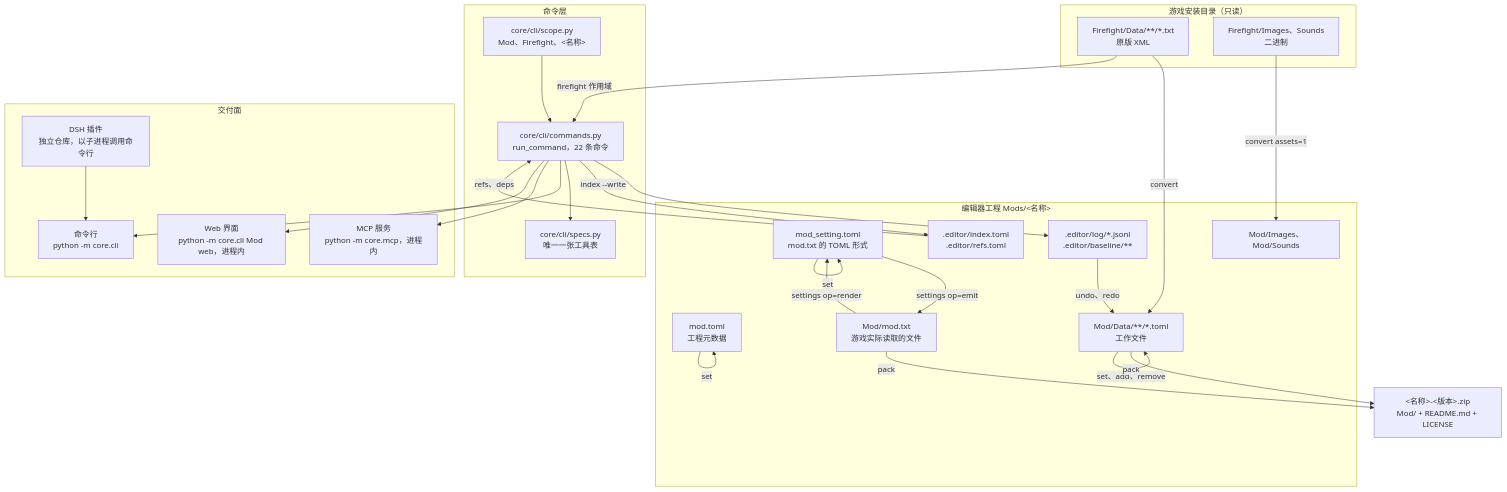
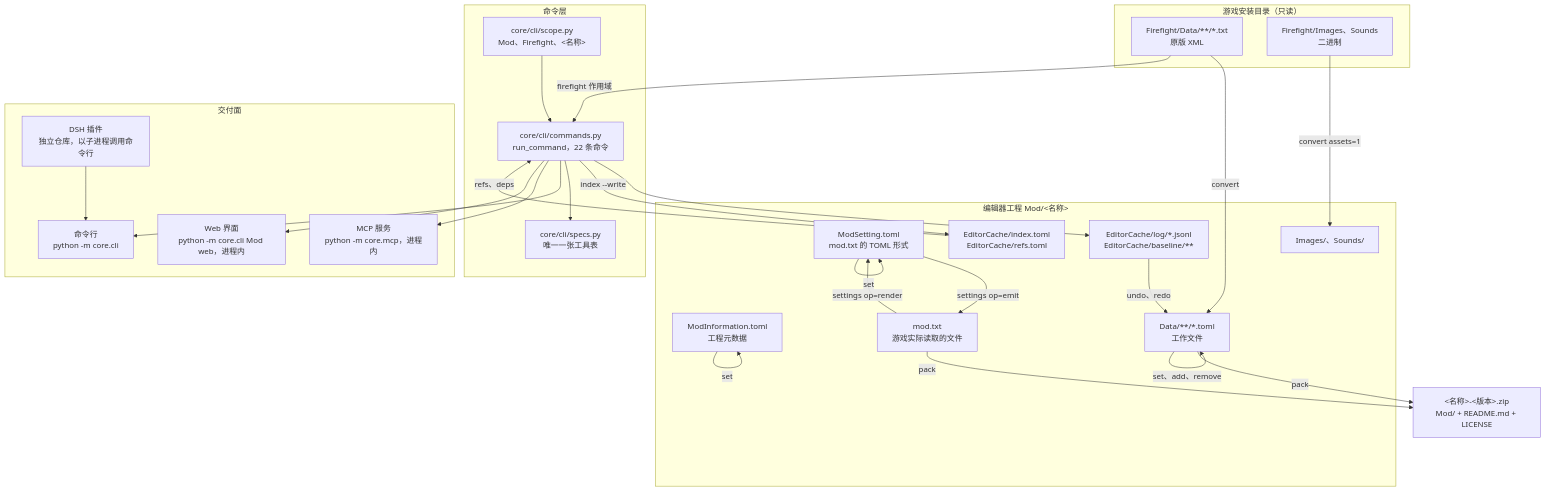
The diagram in docs/flow.zh-CN.md (BiancaoAwa/firefight-mod-editor-open), drawn with Mermaid before and after one commit. The commit also changed other lines of this file and 50 other files, not shown here.

````diff
--- a/docs/flow.zh-CN.md
+++ b/docs/flow.zh-CN.md
@@ -7,53 +7,53 @@
 ```mermaid
 flowchart TD
     subgraph stock["游戏安装目录（只读）"]
         A1["Firefight/Data/**/*.txt<br/>原版 XML"]
         A2["Firefight/Images、Sounds<br/>二进制"]
     end
 
-    subgraph project["编辑器工程 Mods/&lt;名称&gt;"]
-        B1["mod.toml<br/>工程元数据"]
-        B2["mod_setting.toml<br/>mod.txt 的 TOML 形式"]
-        B3["Mod/mod.txt<br/>游戏实际读取的文件"]
-        B4["Mod/Data/**/*.toml<br/>工作文件"]
-        B5["Mod/Images、Mod/Sounds"]
-        B6[".editor/log/*.jsonl<br/>.editor/baseline/**"]
-        B7[".editor/index.toml<br/>.editor/refs.toml"]
+    subgraph project["编辑器工程 Mod/&lt;名称&gt;"]
+        B1["ModInformation.toml<br/>工程元数据"]
+        B2["ModSetting.toml<br/>mod.txt 的 TOML 形式"]
+        B3["mod.txt<br/>游戏实际读取的文件"]
+        B4["Data/**/*.toml<br/>工作文件"]
+        B5["Images/、Sounds/"]
+        B6["EditorCache/log/*.jsonl<br/>EditorCache/baseline/**"]
+        B7["EditorCache/index.toml<br/>EditorCache/refs.toml"]
     end
 
     subgraph layer["命令层"]
         C1["core/cli/commands.py<br/>run_command，22 条命令"]
         C2["core/cli/specs.py<br/>唯一一张工具表"]
         C3["core/cli/scope.py<br/>Mod、Firefight、&lt;名称&gt;"]
     end
 
     subgraph faces["交付面"]
         D1["命令行<br/>python -m core.cli"]
         D2["MCP 服务<br/>python -m core.mcp，进程内"]
         D3["Web 界面<br/>python -m core.cli Mod web，进程内"]
         D4["DSH 插件<br/>独立仓库，以子进程调用命令行"]
     end
 
     E1["&lt;名称&gt;-&lt;版本&gt;.zip<br/>Mod/ + README.md + LICENSE"]
 
     A1 -->|convert| B4
     A2 -->|"convert assets=1"| B5
     A1 -->|firefight 作用域| C1
     B3 -->|settings op=render| B2
     B2 -->|settings op=emit| B3
     B4 -->|set、add、remove| B4
     B1 -->|set| B1
     B2 -->|set| B2
     C1 --> B6
     B6 -->|undo、redo| B4
     C1 -->|index --write| B7
     B7 -->|refs、deps| C1
     B4 -->|pack| E1
     B3 -->|pack| E1
     C3 --> C1
     C1 --> C2
     C1 --> D1
     C1 --> D2
     C1 --> D3
     D4 --> D1
 ```
````
